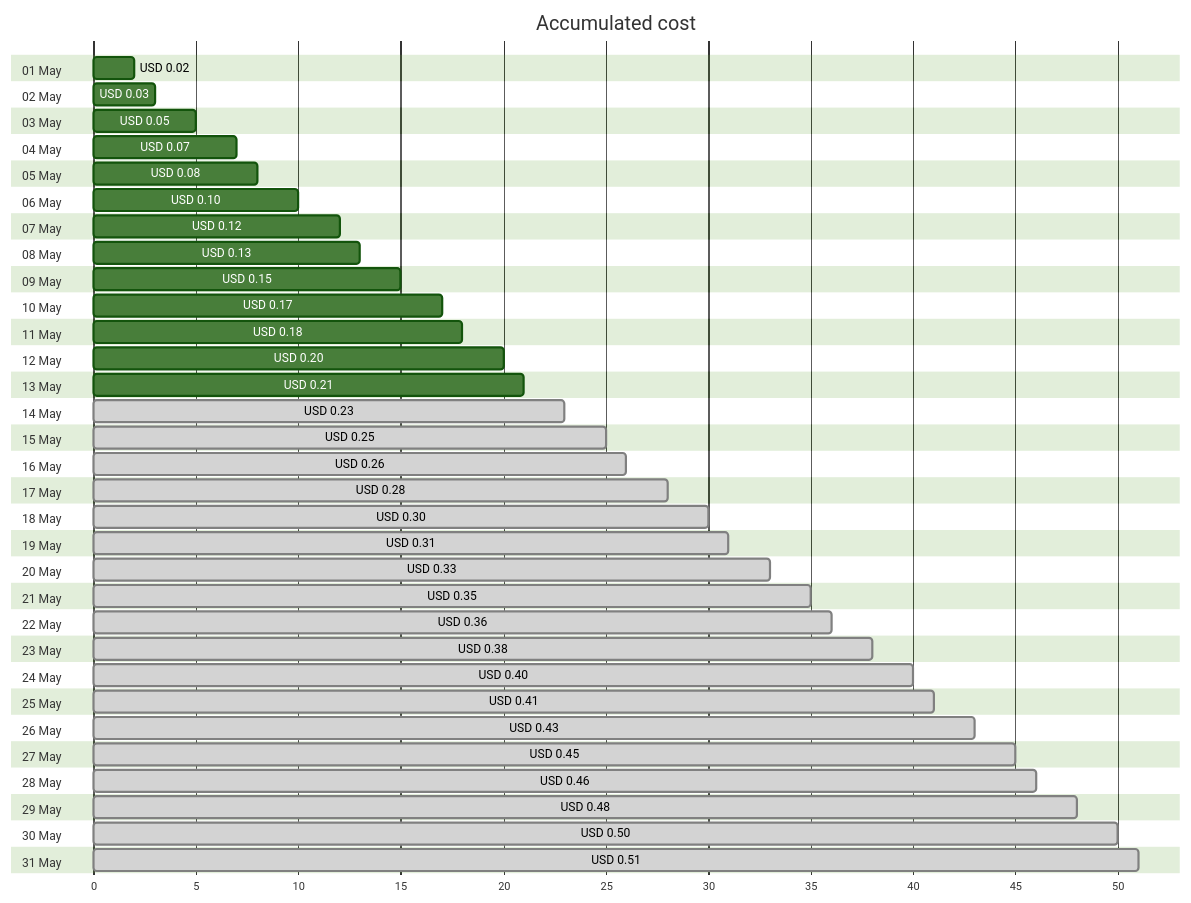
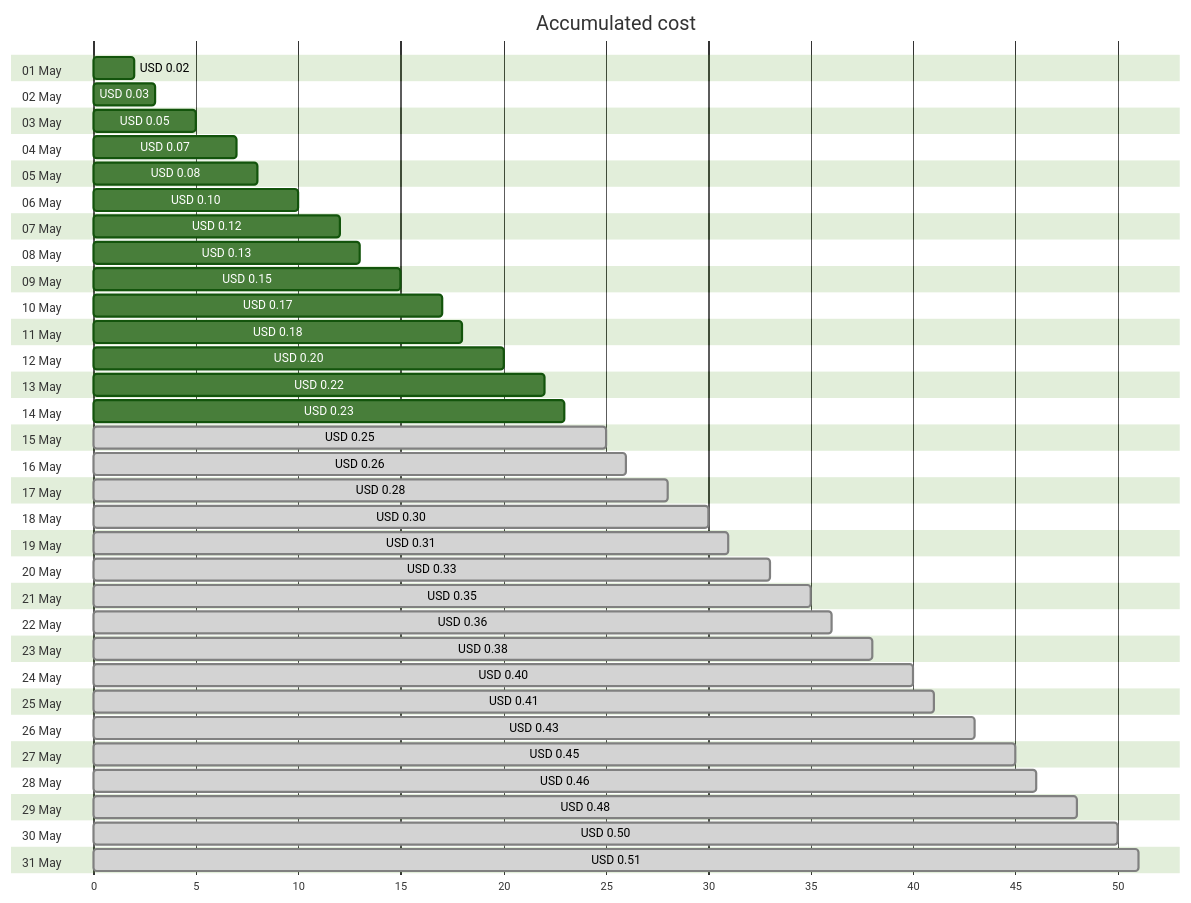
Before and after one commit to jpfulton/azure-personal-reports: the first of 4 diagrams in cost-reports/personal-dns/jpatrickfulton.dev.md, drawn with Mermaid (forest theme). The commit also changed other lines of this file and 2 other files, not shown here.

````diff
--- a/cost-reports/personal-dns/jpatrickfulton.dev.md
+++ b/cost-reports/personal-dns/jpatrickfulton.dev.md
@@ -20,68 +20,68 @@
 ```mermaid
 gantt
    title Accumulated cost
    dateFormat  X
    axisFormat %s
    section 01 May
    USD 0.02 :0, 2
    section 02 May
    USD 0.03 :0, 3
    section 03 May
    USD 0.05 :0, 5
    section 04 May
    USD 0.07 :0, 7
    section 05 May
    USD 0.08 :0, 8
    section 06 May
    USD 0.10 :0, 10
    section 07 May
    USD 0.12 :0, 12
    section 08 May
    USD 0.13 :0, 13
    section 09 May
    USD 0.15 :0, 15
    section 10 May
    USD 0.17 :0, 17
    section 11 May
    USD 0.18 :0, 18
    section 12 May
    USD 0.20 :0, 20
    section 13 May
-   USD 0.21 :0, 21
+   USD 0.22 :0, 22
    section 14 May
-   USD 0.23 : done, 0, 23
+   USD 0.23 :0, 23
    section 15 May
    USD 0.25 : done, 0, 25
    section 16 May
    USD 0.26 : done, 0, 26
    section 17 May
    USD 0.28 : done, 0, 28
    section 18 May
    USD 0.30 : done, 0, 30
    section 19 May
    USD 0.31 : done, 0, 31
    section 20 May
    USD 0.33 : done, 0, 33
    section 21 May
    USD 0.35 : done, 0, 35
    section 22 May
    USD 0.36 : done, 0, 36
    section 23 May
    USD 0.38 : done, 0, 38
    section 24 May
    USD 0.40 : done, 0, 40
    section 25 May
    USD 0.41 : done, 0, 41
    section 26 May
    USD 0.43 : done, 0, 43
    section 27 May
    USD 0.45 : done, 0, 45
    section 28 May
    USD 0.46 : done, 0, 46
    section 29 May
    USD 0.48 : done, 0, 48
    section 30 May
    USD 0.50 : done, 0, 50
    section 31 May
    USD 0.51 : done, 0, 51
 ```
````
